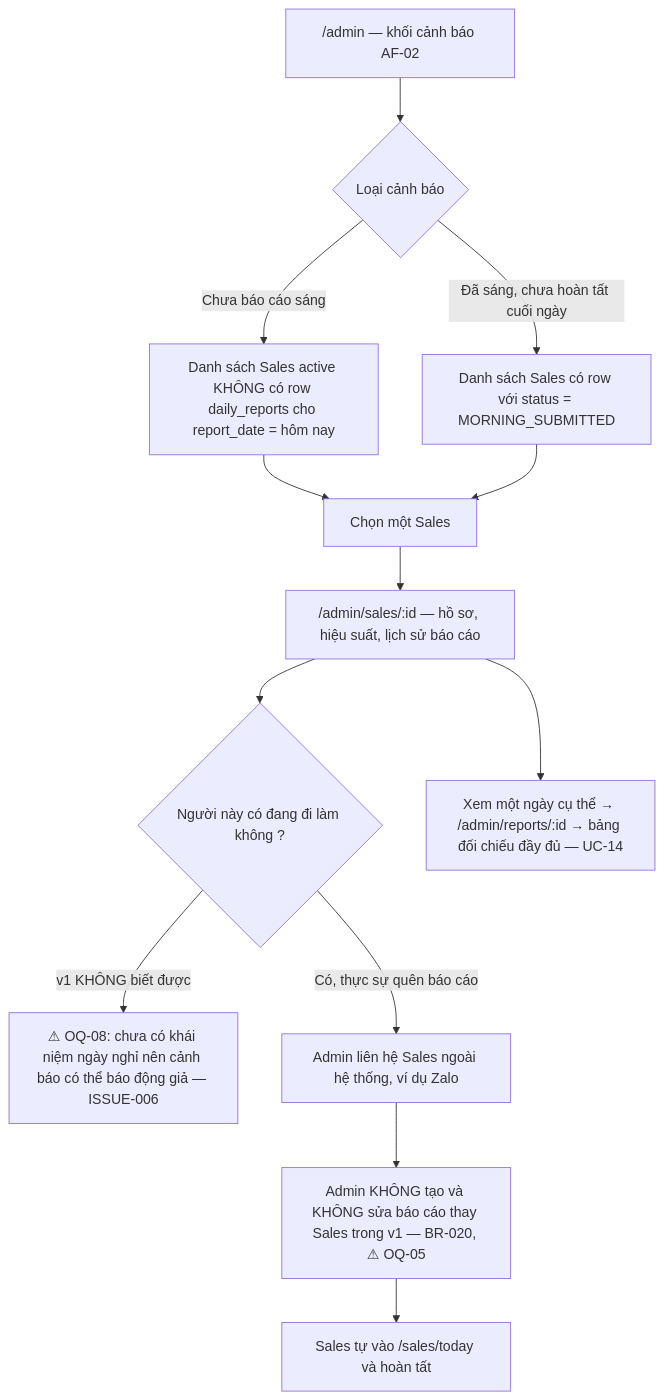
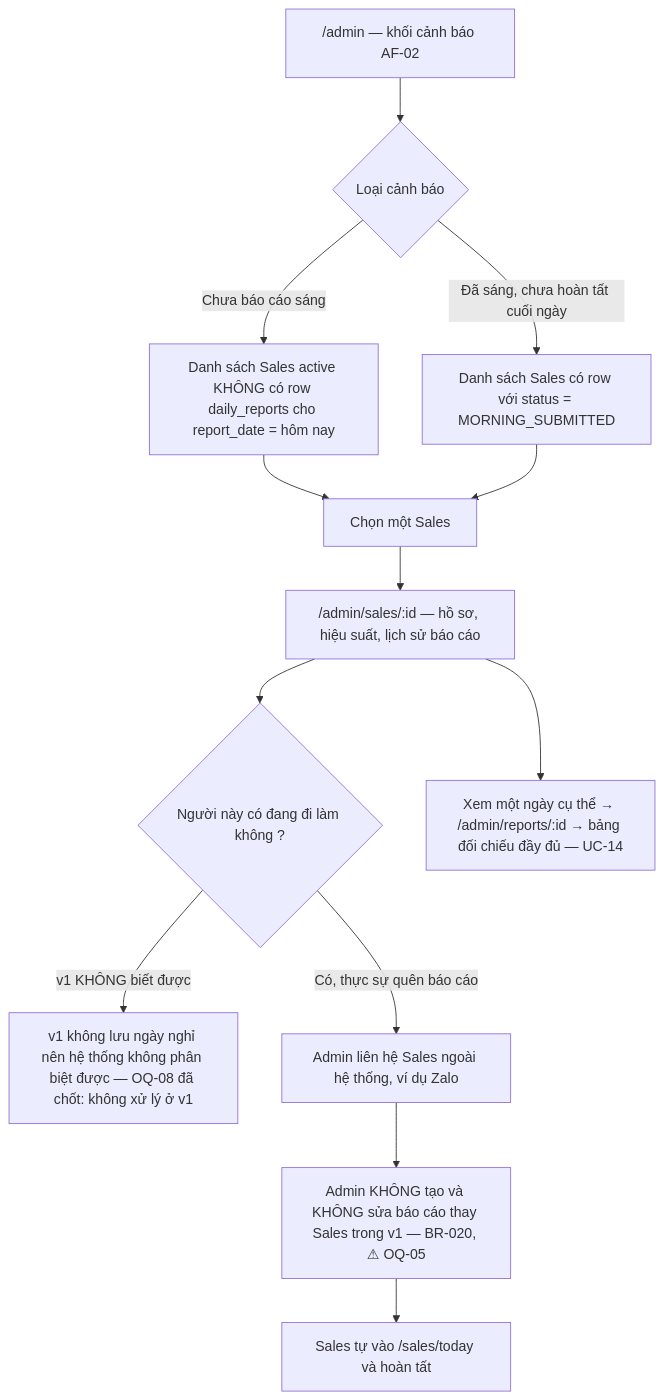
The sixth of 6 diagrams in docs/03-workflow.md (LeDuyKhangZz/BikeForce-Bicycle-Sales-Management), drawn with Mermaid before and after one commit. The commit also changed other lines of this file and 7 other files, not shown here.

````diff
--- a/docs/03-workflow.md
+++ b/docs/03-workflow.md
@@ -550,15 +550,15 @@
 ```mermaid
 flowchart TD
     A["/admin — khối cảnh báo AF-02"] --> B{"Loại cảnh báo"}
     B -->|"Chưa báo cáo sáng"| C["Danh sách Sales active KHÔNG có row daily_reports cho report_date = hôm nay"]
     B -->|"Đã sáng, chưa hoàn tất cuối ngày"| D["Danh sách Sales có row với status = MORNING_SUBMITTED"]
     C --> E["Chọn một Sales"]
     D --> E
     E --> F["/admin/sales/:id — hồ sơ, hiệu suất, lịch sử báo cáo"]
     F --> G{"Người này có đang đi làm không ?"}
-    G -->|"v1 KHÔNG biết được"| H["⚠ OQ-08: chưa có khái niệm ngày nghỉ nên cảnh báo có thể báo động giả — ISSUE-006"]
+    G -->|"v1 KHÔNG biết được"| H["v1 không lưu ngày nghỉ nên hệ thống không phân biệt được — OQ-08 đã chốt: không xử lý ở v1"]
     G -->|"Có, thực sự quên báo cáo"| I["Admin liên hệ Sales ngoài hệ thống, ví dụ Zalo"]
     I --> J["Admin KHÔNG tạo và KHÔNG sửa báo cáo thay Sales trong v1 — BR-020, ⚠ OQ-05"]
     J --> K["Sales tự vào /sales/today và hoàn tất"]
     F --> L["Xem một ngày cụ thể → /admin/reports/:id → bảng đối chiếu đầy đủ — UC-14"]
 ```
````
